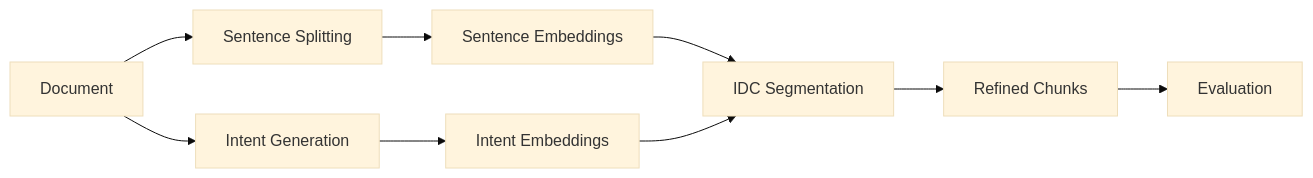
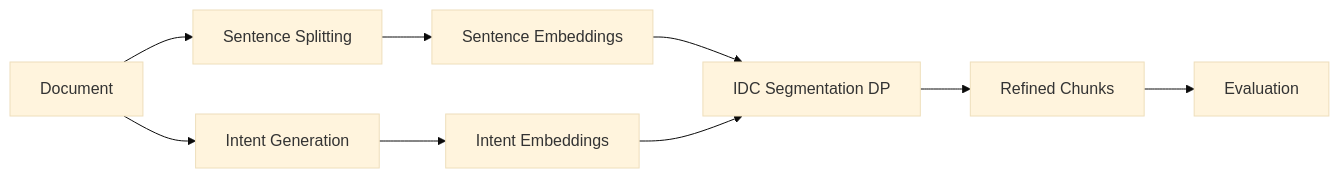
Before and after one commit to unseen1980/IDC: the diagram in README.md, drawn with Mermaid (base theme). The commit also changed other lines of this file and 364 other files, not shown here.

````diff
--- a/README.md
+++ b/README.md
@@ -19,11 +22,11 @@
 ```mermaid
 flowchart LR
     A[Document] --> B[Sentence Splitting]
     A --> C[Intent Generation]
     B --> D[Sentence Embeddings]
     C --> E[Intent Embeddings]
-    D --> F[IDC Segmentation]
+    D --> F[IDC Segmentation DP]
     E --> F
     F --> G[Refined Chunks]
     G --> H[Evaluation]
 ```
````
